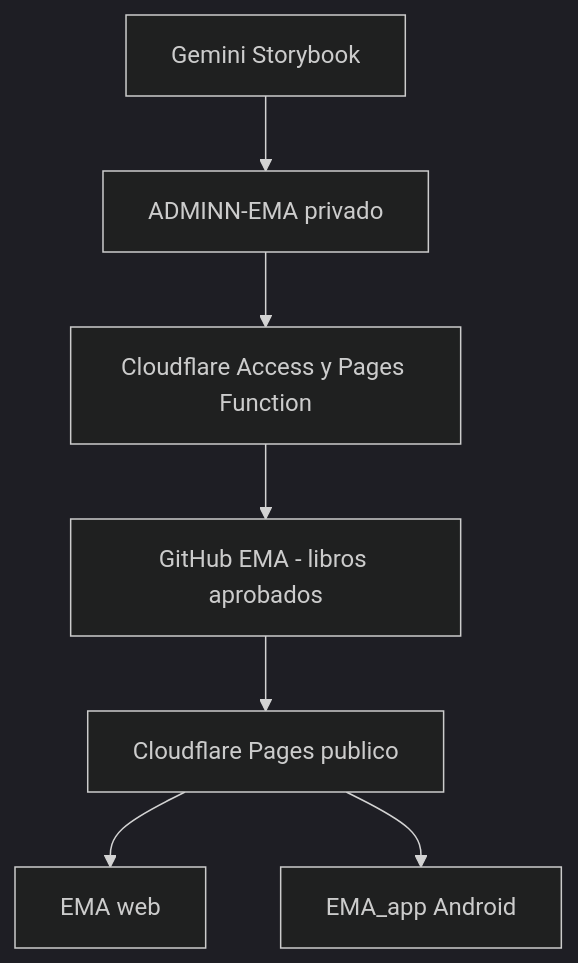
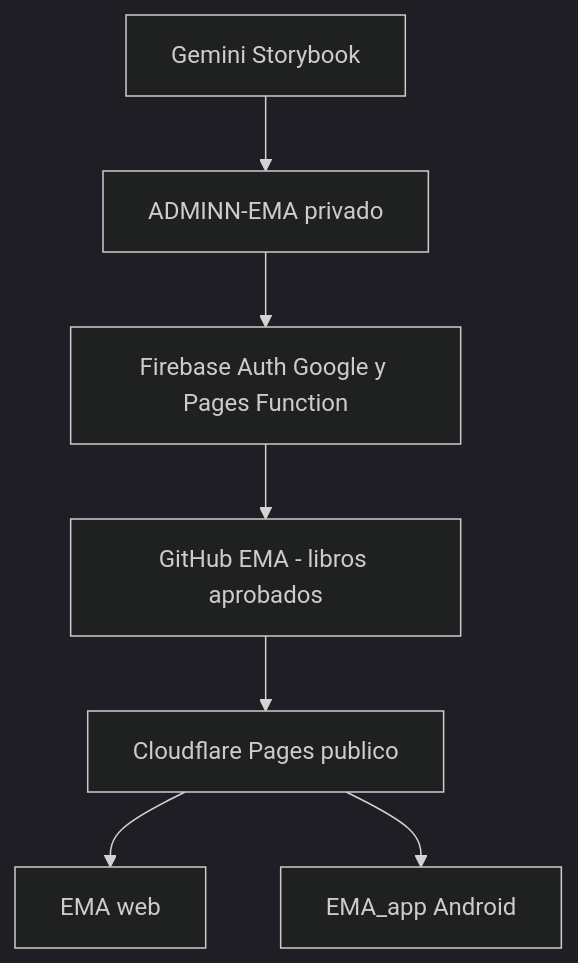
The diagram in docs/PLAN_MAESTRO_EMA.md (martin30eler-sketch/EMA), drawn with Mermaid (dark theme) before and after one commit. The commit also changed other lines of this file, not shown here.

Commit message:
docs(web): Firebase Authentication Spark para panel, sin Access ni Firestore

````diff
--- a/docs/PLAN_MAESTRO_EMA.md
+++ b/docs/PLAN_MAESTRO_EMA.md
@@ -42,9 +42,9 @@
 ```mermaid
 flowchart TD
     G[Gemini Storybook] --> A[ADMINN-EMA privado]
-    A --> F[Cloudflare Access y Pages Function]
+    A --> F[Firebase Auth Google y Pages Function]
     F --> GH[GitHub EMA - libros aprobados]
     GH --> CF[Cloudflare Pages publico]
     CF --> W[EMA web]
     CF --> M[EMA_app Android]
 ```
````
